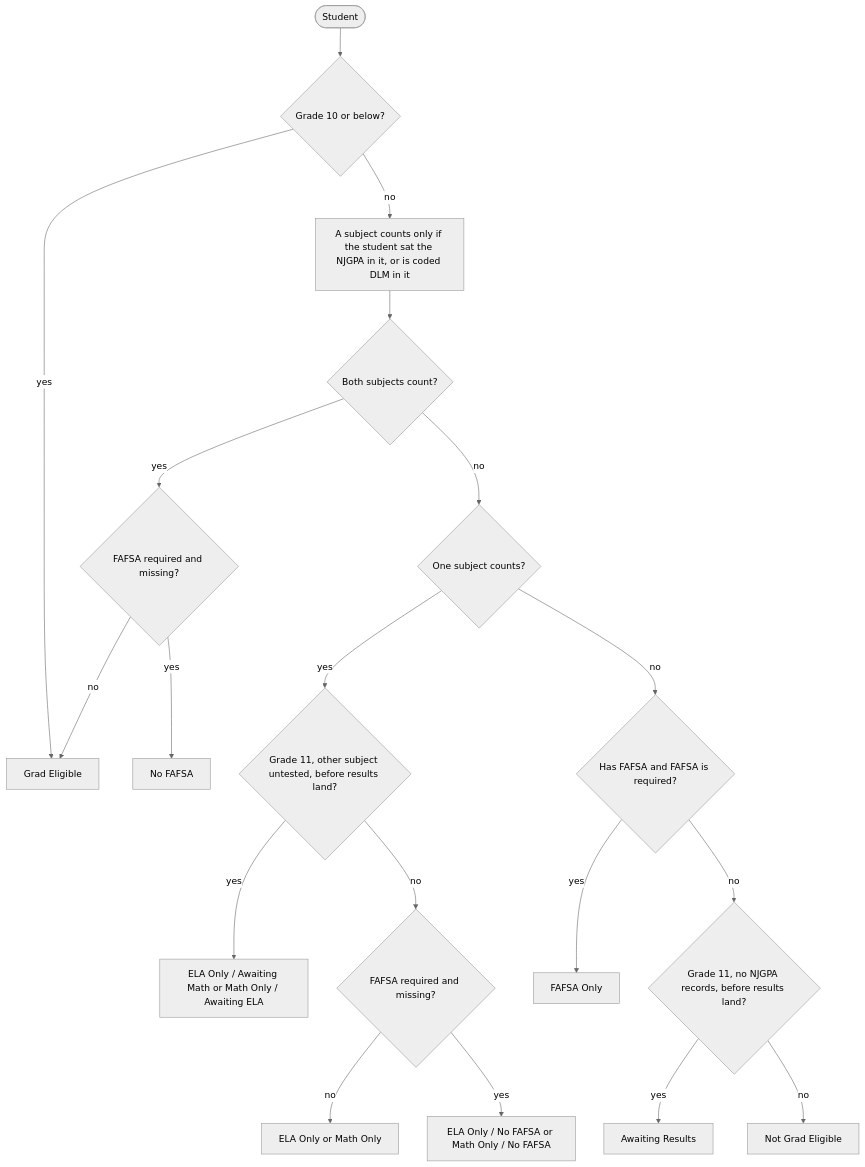
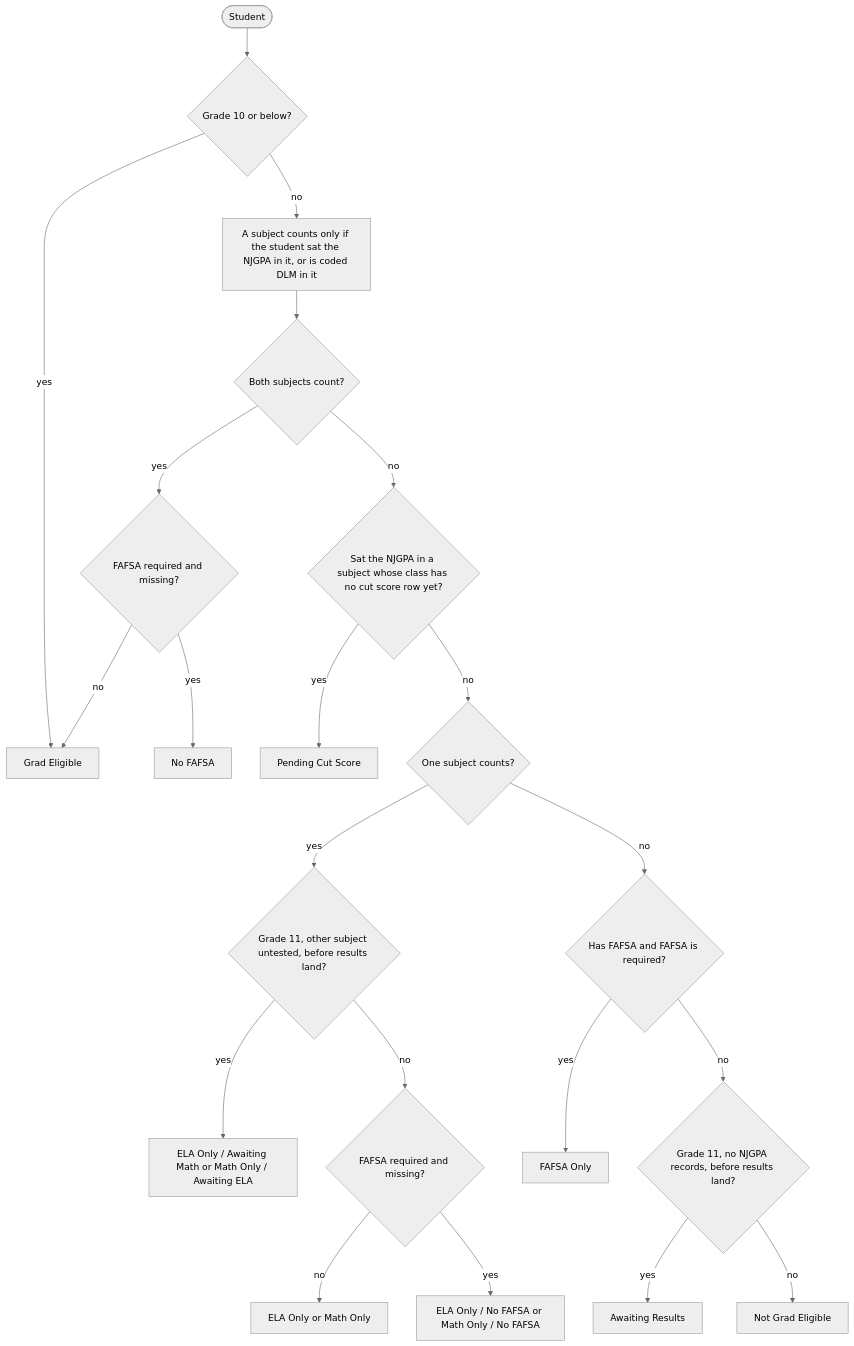
The third of 3 diagrams in docs/models/hs-early-warning-data-model.md (TEAMSchools/teamster), drawn with Mermaid (neutral theme) before and after one commit. The commit also changed other lines of this file and 6 other files, not shown here.

First line of the commit message:
fix(dbt): label NJGPA takers awaiting a published cut score as Pending Cut Score

````diff
--- a/docs/models/hs-early-warning-data-model.md
+++ b/docs/models/hs-early-warning-data-model.md
@@ -347,21 +347,23 @@
 ```mermaid
 flowchart TD
     start([Student]) --> g10{Grade 10 or below?}
     g10 -->|yes| ge[Grad Eligible]
     g10 -->|no| counts[A subject counts only if the student sat the NJGPA in it, or is coded DLM in it]
     counts --> both{Both subjects count?}
     both -->|yes| f1{FAFSA required and missing?}
     f1 -->|no| ge
     f1 -->|yes| nf[No FAFSA]
-    both -->|no| one{One subject counts?}
+    both -->|no| pend{Sat the NJGPA in a subject whose class has no cut score row yet?}
+    pend -->|yes| pc[Pending Cut Score]
+    pend -->|no| one{One subject counts?}
     one -->|yes| aw{Grade 11, other subject untested, before results land?}
     aw -->|yes| onlyaw[ELA Only / Awaiting Math or Math Only / Awaiting ELA]
     aw -->|no| f2{FAFSA required and missing?}
     f2 -->|no| only[ELA Only or Math Only]
     f2 -->|yes| onlynf[ELA Only / No FAFSA or Math Only / No FAFSA]
     one -->|no| hasf{Has FAFSA and FAFSA is required?}
     hasf -->|yes| fo[FAFSA Only]
     hasf -->|no| g11{Grade 11, no NJGPA records, before results land?}
     g11 -->|yes| ar[Awaiting Results]
     g11 -->|no| nge[Not Grad Eligible]
 ```
````
